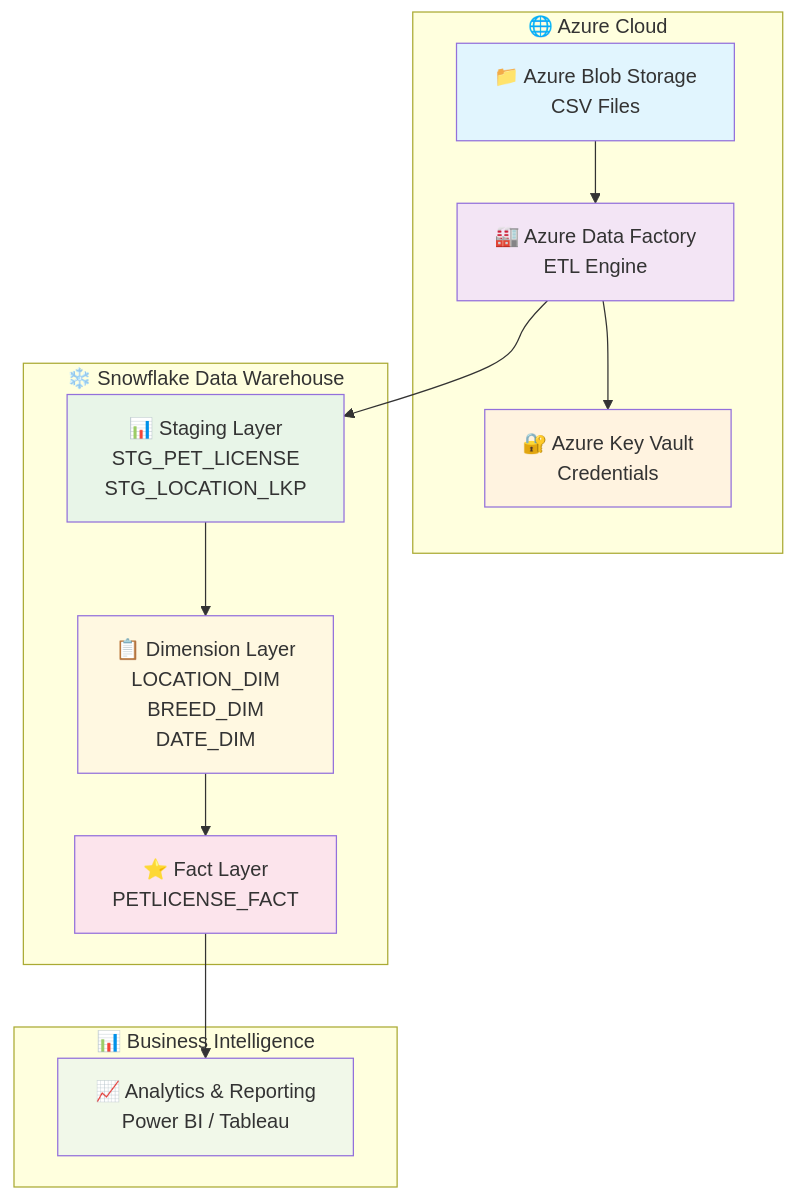
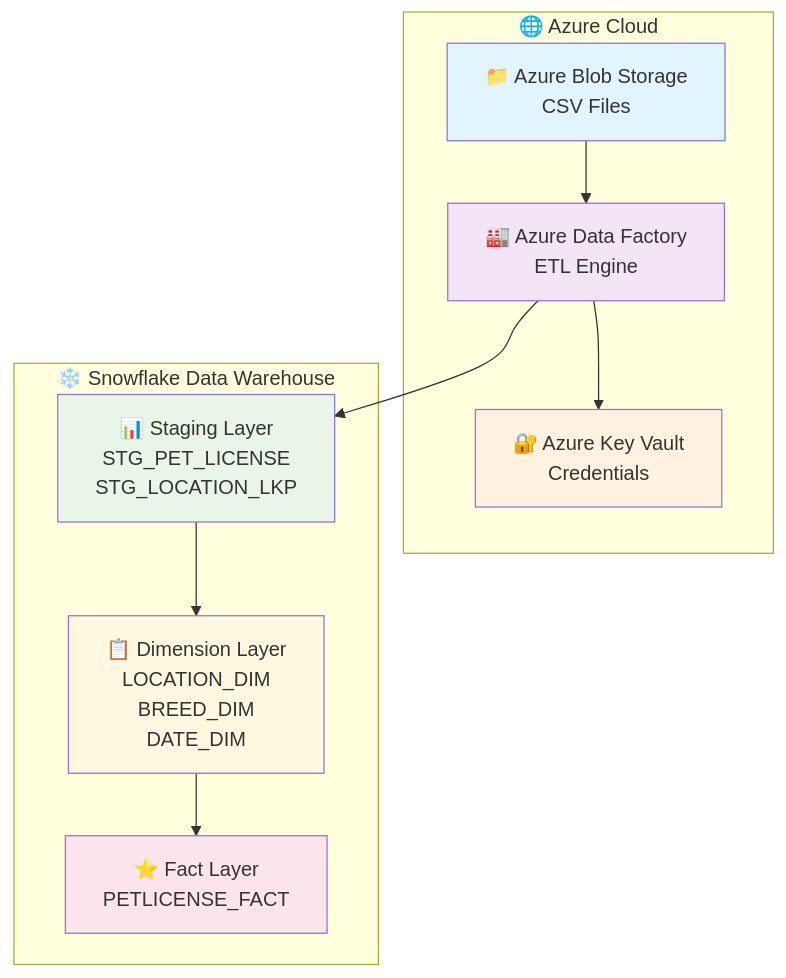
The first of 3 diagrams in README.md (anumaurya24/group-assignment1), drawn with Mermaid before and after one commit. The commit also changed other lines of this file, not shown here.

Commit message:
🔧 Remove Power BI and analytics references from architecture
- Removed Business Intelligence subgraph from high-level architecture diagram
- Removed Analytics Layer from data flow architecture table
- Removed analytics node from data flow process diagram
- Focused architecture on pure ETL process ending at Snowflake fact table
- Cleaner data engineering pipeline documentation

````diff
--- a/README.md
+++ b/README.md
@@ -53,25 +53,20 @@
 ```mermaid
 graph TB
     subgraph "🌐 Azure Cloud"
         A[📁 Azure Blob Storage<br/>CSV Files] --> B[🏭 Azure Data Factory<br/>ETL Engine]
         B --> C[🔐 Azure Key Vault<br/>Credentials]
     end
     
     subgraph "❄️ Snowflake Data Warehouse"
         B --> D[📊 Staging Layer<br/>STG_PET_LICENSE<br/>STG_LOCATION_LKP]
         D --> E[📋 Dimension Layer<br/>LOCATION_DIM<br/>BREED_DIM<br/>DATE_DIM]
         E --> F[⭐ Fact Layer<br/>PETLICENSE_FACT]
     end
     
-    subgraph "📊 Business Intelligence"
-        F --> G[📈 Analytics & Reporting<br/>Power BI / Tableau]
-    end
-    
     style A fill:#e1f5fe
     style B fill:#f3e5f5
     style C fill:#fff3e0
     style D fill:#e8f5e8
     style E fill:#fff8e1
     style F fill:#fce4ec
-    style G fill:#f1f8e9
 ```
````
